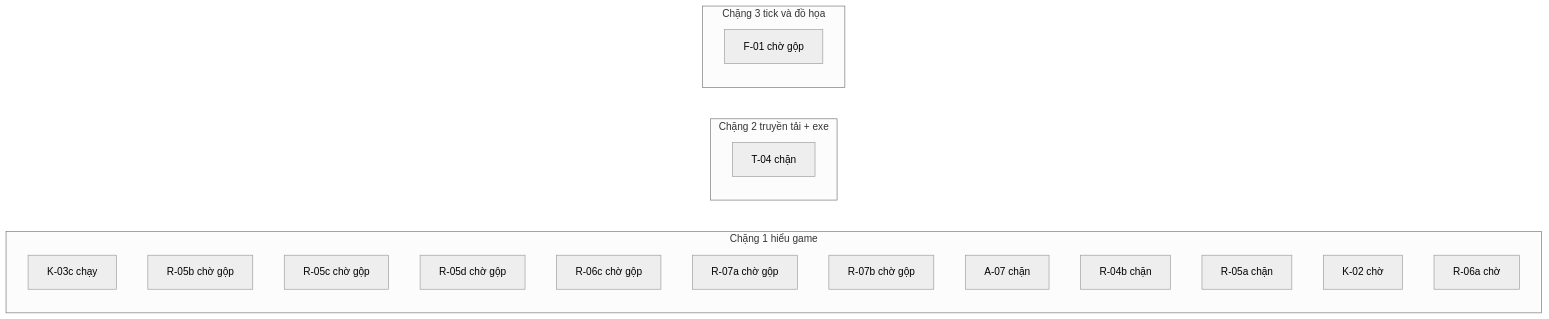
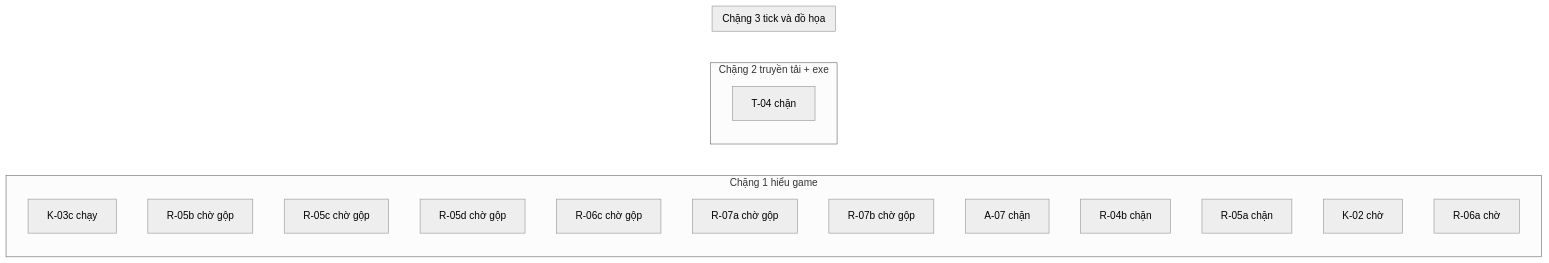
One commit to ndtangoss-dev/jx1-reports changed the diagram in JX1_OPS/STATE/TIEN-DO.md. Above: the diagram before and after it, drawn with Mermaid (neutral theme). The commit also changed other lines of this file and 4 other files, not shown here.

````diff
--- a/JX1_OPS/STATE/TIEN-DO.md
+++ b/JX1_OPS/STATE/TIEN-DO.md
@@ -9,23 +9,22 @@
 ```mermaid
 flowchart LR
   subgraph S1["Chặng 1 hiểu game"]
     K_03c["K-03c chạy"]
     R_05b["R-05b chờ gộp"]
     R_05c["R-05c chờ gộp"]
     R_05d["R-05d chờ gộp"]
     R_06c["R-06c chờ gộp"]
     R_07a["R-07a chờ gộp"]
     R_07b["R-07b chờ gộp"]
     A_07["A-07 chặn"]
     R_04b["R-04b chặn"]
     R_05a["R-05a chặn"]
     K_02["K-02 chờ"]
     R_06a["R-06a chờ"]
   end
   subgraph S2["Chặng 2 truyền tải + exe"]
     T_04["T-04 chặn"]
   end
   subgraph S3["Chặng 3 tick và đồ họa"]
-    F_01["F-01 chờ gộp"]
   end
 ```
````
